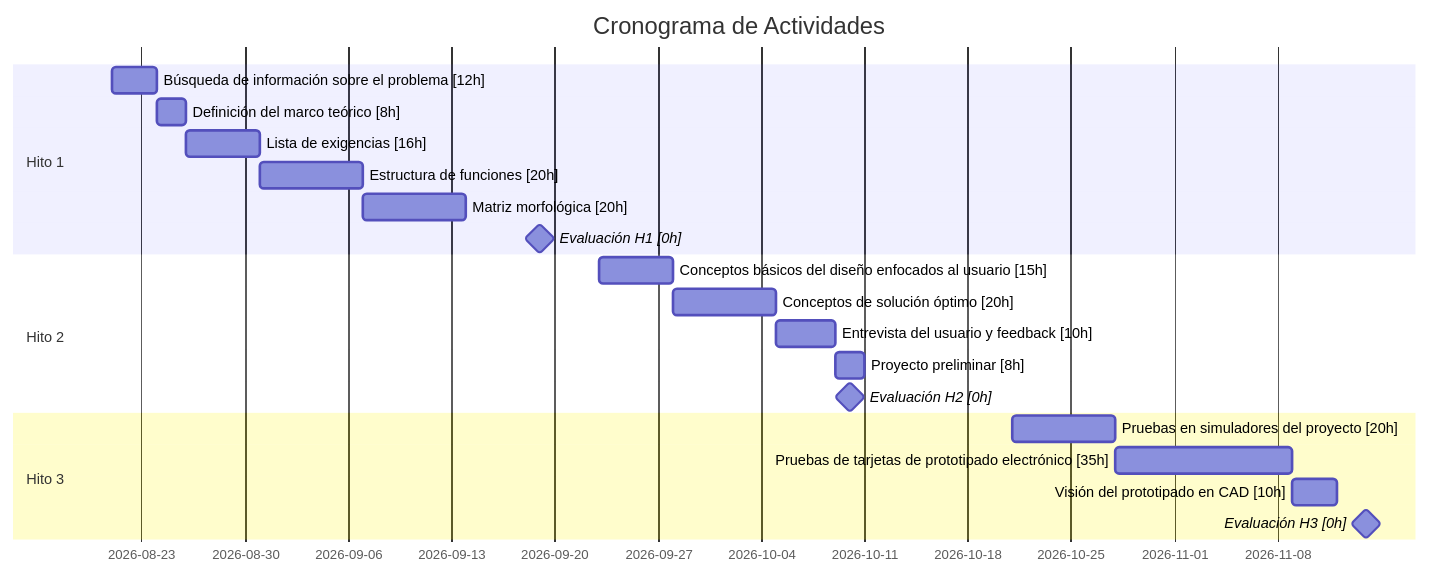
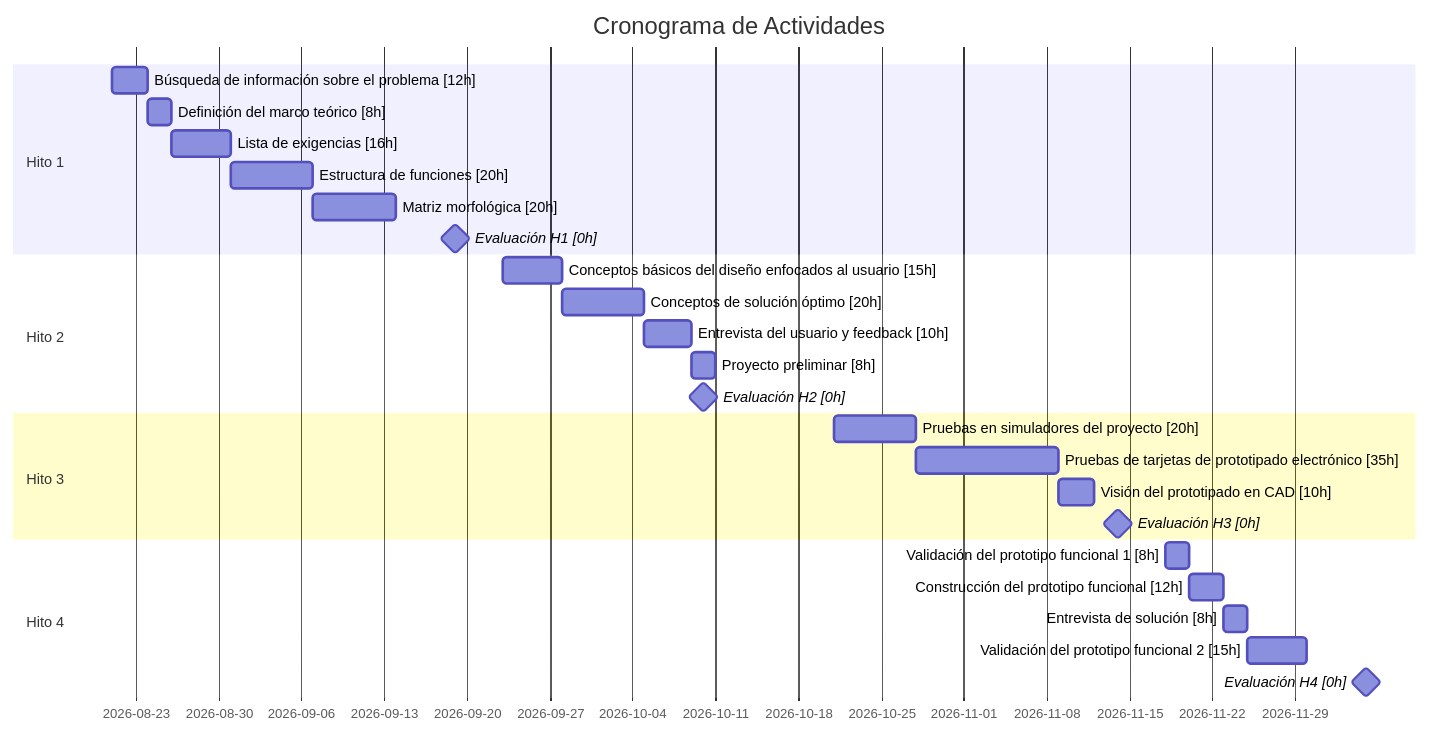
Before and after one commit to adriiit/PBDI_G1: the diagram in Hito 1/gantt_.md, drawn with Mermaid.

````diff
--- a/Hito 1/gantt_.md
+++ b/Hito 1/gantt_.md
@@ -2,28 +2,33 @@
 ```mermaid
 gantt
     dateFormat  YYYY-MM-DD
     title Cronograma de Actividades
 
     section Hito 1
     Búsqueda de información sobre el problema [12h]      :a1, 2026-08-21, 3d
     Definición del marco teórico [8h]                    :a2, after a1, 2d
     Lista de exigencias [16h]                            :a3, after a2, 5d
     Estructura de funciones [20h]                        :a4, after a3, 7d
     Matriz morfológica [20h]                             :a5, after a4, 7d
     Evaluación H1 [0h]                                   :milestone, h1, 2026-09-19, 0d
 
     section Hito 2
     Conceptos básicos del diseño enfocados al usuario [15h] :b1, 2026-09-23, 5d
     Conceptos de solución óptimo [20h]                   :b2, after b1, 7d
     Entrevista del usuario y feedback [10h]              :b3, after b2, 4d
     Proyecto preliminar [8h]                             :b4, after b3, 2d
     Evaluación H2 [0h]                                   :milestone, h2, 2026-10-10, 0d
 
     section Hito 3
     Pruebas en simuladores del proyecto [20h]            :c1, 2026-10-21, 7d
     Pruebas de tarjetas de prototipado electrónico [35h] :c2, after c1, 12d
     Visión del prototipado en CAD [10h]                  :c3, after c2, 3d
     Evaluación H3 [0h]                                   :milestone, h3, 2026-11-14, 0d
 
     section Hito 4
+    Validación del prototipo funcional 1 [8h]            :d1, 2026-11-18, 2d
+    Construcción del prototipo funcional [12h]           :d2, after d1, 3d
+    Entrevista de solución [8h]                          :d3, after d2, 2d
+    Validación del prototipo funcional 2 [15h]           :d4, after d3, 5d
+    Evaluación H4 [0h]                                   :milestone, h4, 2026-12-05, 0d
 ```
````
